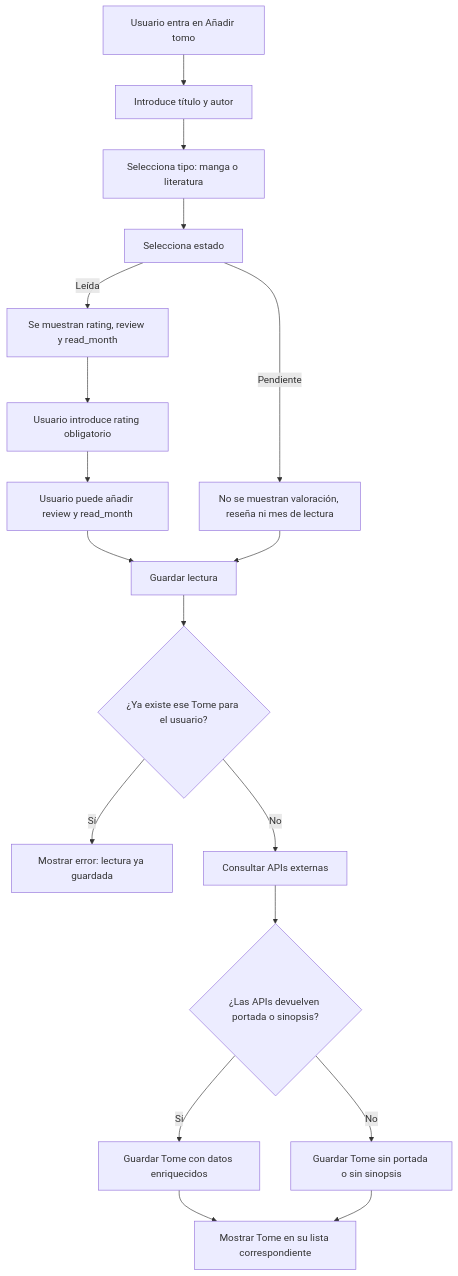
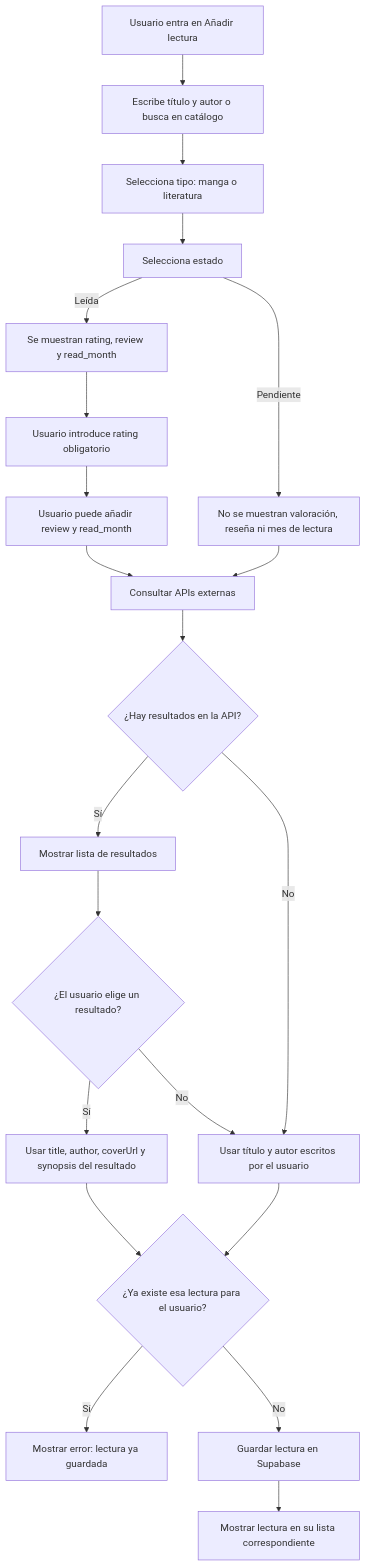
Before and after one commit to MateosEsther/TomoList: the third of 6 diagrams in docs/modelo-datos.md, drawn with Mermaid. The commit also changed other lines of this file, not shown here.

Commit message:
docs: ampliar el enriquecimiento de la API con título y autor desde el catálogo para que ayude a corregir la ortografía

````diff
--- a/docs/modelo-datos.md
+++ b/docs/modelo-datos.md
@@ -208,26 +207,34 @@
 ```mermaid
 flowchart TD
-    A[Usuario entra en Añadir tomo] --> B[Introduce título y autor]
+    A[Usuario entra en Añadir lectura] --> B[Escribe título y autor o busca en catálogo]
     B --> C[Selecciona tipo: manga o literatura]
     C --> D[Selecciona estado]
 
     D -->|Pendiente| E[No se muestran valoración, reseña ni mes de lectura]
     D -->|Leída| F[Se muestran rating, review y read_month]
 
     F --> G[Usuario introduce rating obligatorio]
     G --> H[Usuario puede añadir review y read_month]
-    H --> I[Guardar lectura]
+    H --> I[Consultar APIs externas]
 
-    E --> I[Guardar lectura]
+    E --> I
 
-    I --> J{¿Ya existe ese Tome para el usuario?}
-    J -->|Sí| K[Mostrar error: lectura ya guardada]
-    J -->|No| L[Consultar APIs externas]
+    I --> J{¿Hay resultados en la API?}
 
-    L --> M{¿Las APIs devuelven portada o sinopsis?}
-    M -->|Sí| N[Guardar Tome con datos enriquecidos]
-    M -->|No| O[Guardar Tome sin portada o sin sinopsis]
+    J -->|Sí| K[Mostrar lista de resultados]
+    K --> L{¿El usuario elige un resultado?}
 
-    N --> P[Mostrar Tome en su lista correspondiente]
-    O --> P
+    L -->|Sí| M[Usar title, author, coverUrl y synopsis del resultado]
+    L -->|No| N[Usar título y autor escritos por el usuario]
+
+    J -->|No| N
+
+    M --> O{¿Ya existe esa lectura para el usuario?}
+    N --> O
+
+    O -->|Sí| P[Mostrar error: lectura ya guardada]
+    O -->|No| Q[Guardar lectura en Supabase]
+
+    Q --> R[Mostrar lectura en su lista correspondiente]
+
 ```
````
